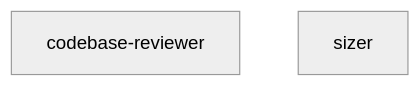
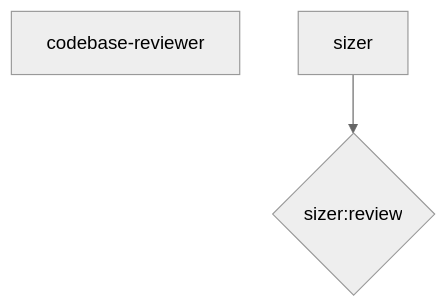
One commit to M-A-Operating-System/ai-coding-standards2 changed the diagram in docs/product/agile/generated/phases/00_ondemand.mmd. Above: the diagram before and after it, drawn with Mermaid (neutral theme). The commit also changed 2 other files, not shown here.

Commit message:
fix(sizer): correct marker names, variable bug, gate config, status sentinel
C-1: Replace all '01_product_docs/sizer' markers with '00_ondemand/sizer'
     so Step 0 prior-run detection and communication protocol are correct.

C-2: Add human_gate_after + human_gate_label to pipeline.json so the
     orchestrator re-triggers the sizer when sizer:review is removed;
     auto_approve_on_complete ensures small-issue path advances without
     manual gate approval.

M-1: Fix variable name mismatch — sub_issues API call used $SUB_ISSUE_ID
     (undefined); corrected to $SUB_NODE_ID.

M-2: Replace non-standard AI_AGILE_STATUS: skipped with complete.

L-1: Remove misleading "prd-writer will run next" from pass-through comment.

https://claude.ai/code/session_0169JhW61uy8T2kSh7qsXk44

```diff
--- a/docs/product/agile/generated/phases/00_ondemand.mmd
+++ b/docs/product/agile/generated/phases/00_ondemand.mmd
@@ -1,3 +1,5 @@
 flowchart TD
     n_00_ondemand__codebase_reviewer["codebase-reviewer"]
     n_00_ondemand__sizer["sizer"]
+    gate__n_00_ondemand__sizer{"sizer:review"}
+    n_00_ondemand__sizer --> gate__n_00_ondemand__sizer
```
